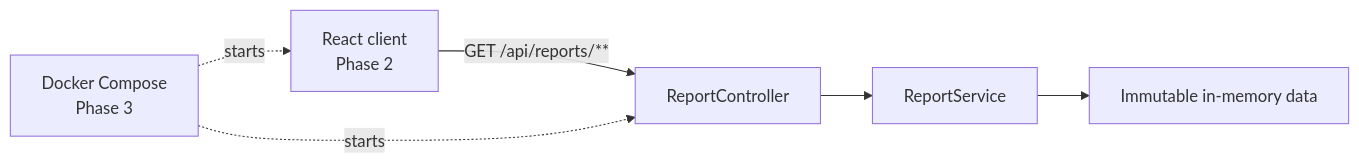
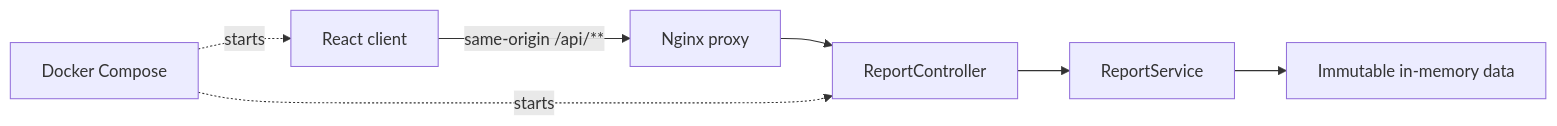
One commit to KarthikSunkari/enfos-reporting-portal changed the diagram in docs/architecture.md. Above: the diagram before and after it, drawn with Mermaid. The commit also changed other lines of this file and 29 other files, not shown here.

Commit message:
feat(frontend): build landing page with report filtering and API integration

````diff
--- a/docs/architecture.md
+++ b/docs/architecture.md
@@ -5,8 +5,9 @@
 ```mermaid
 flowchart LR
-    Browser[React client<br/>Phase 2] -->|GET /api/reports/**| Controller[ReportController]
+    Browser[React client] -->|same-origin /api/**| Proxy[Nginx proxy]
+    Proxy --> Controller[ReportController]
     Controller --> Service[ReportService]
     Service --> MockData[Immutable in-memory data]
-    Compose[Docker Compose<br/>Phase 3] -. starts .-> Browser
+    Compose[Docker Compose] -. starts .-> Browser
     Compose -. starts .-> Controller
 ```
````
